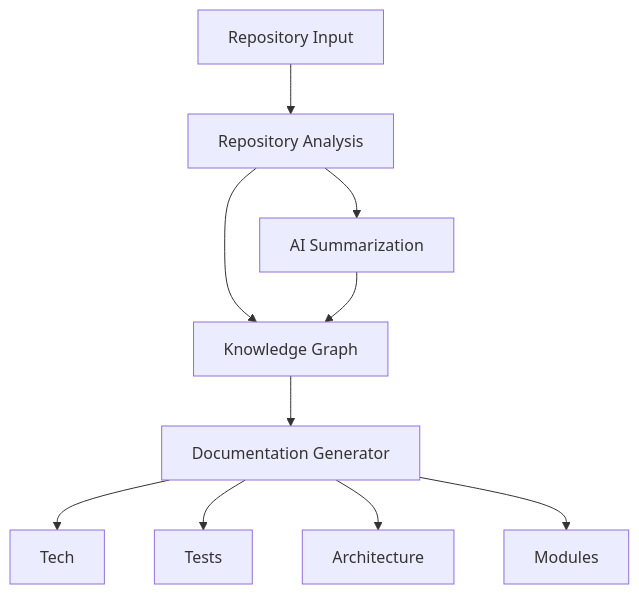
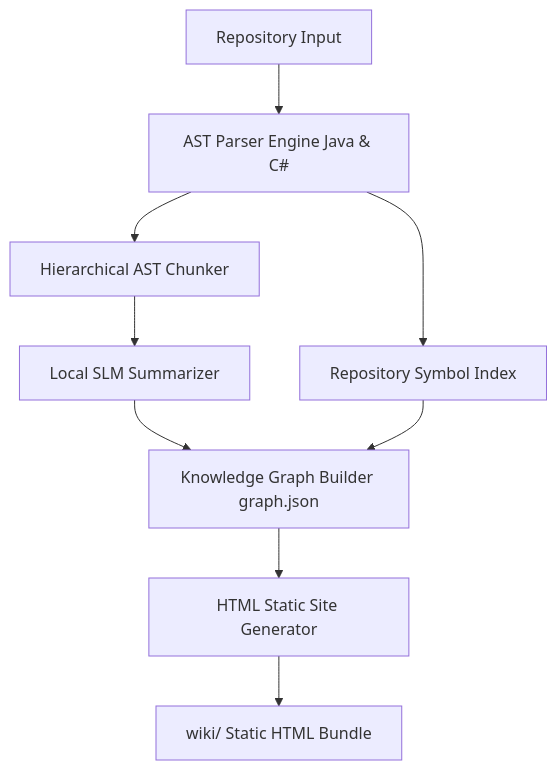
The first of 2 diagrams in docs/architecture.md (DarkKing335/Wiki-Generation), drawn with Mermaid before and after one commit. The commit also changed other lines of this file and 12 other files, not shown here.

````diff
--- a/docs/architecture.md
+++ b/docs/architecture.md
@@ -49,12 +48,11 @@
 ```mermaid
 graph TD
-    A[Repository Input] --> B[Repository Analysis]
-    B --> C[AI Summarization]
-    B --> D[Knowledge Graph]
-    C --> D
-    D --> E[Documentation Generator]
-    E --> F[Tech]
-    E --> G[Tests]
-    E --> H[Architecture]
-    E --> I[Modules]
+    A[Repository Input] --> B[AST Parser Engine Java & C#]
+    B --> C[Hierarchical AST Chunker]
+    C --> D[Local SLM Summarizer]
+    B --> E[Repository Symbol Index]
+    D --> F[Knowledge Graph Builder graph.json]
+    E --> F
+    F --> G[HTML Static Site Generator]
+    G --> H[wiki/ Static HTML Bundle]
 ```
````
